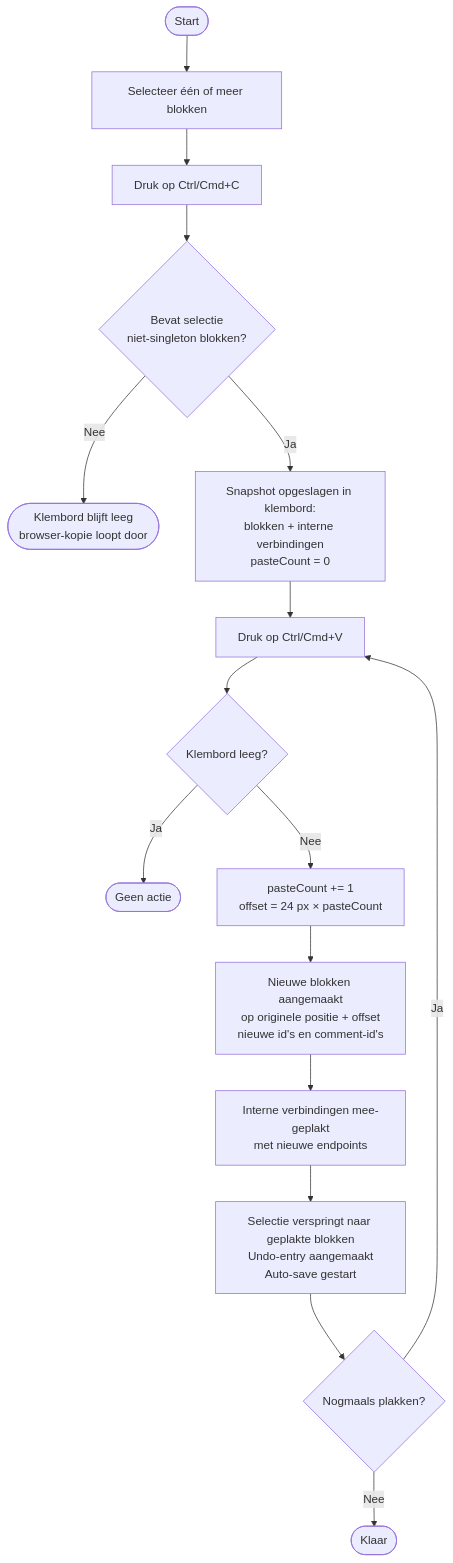
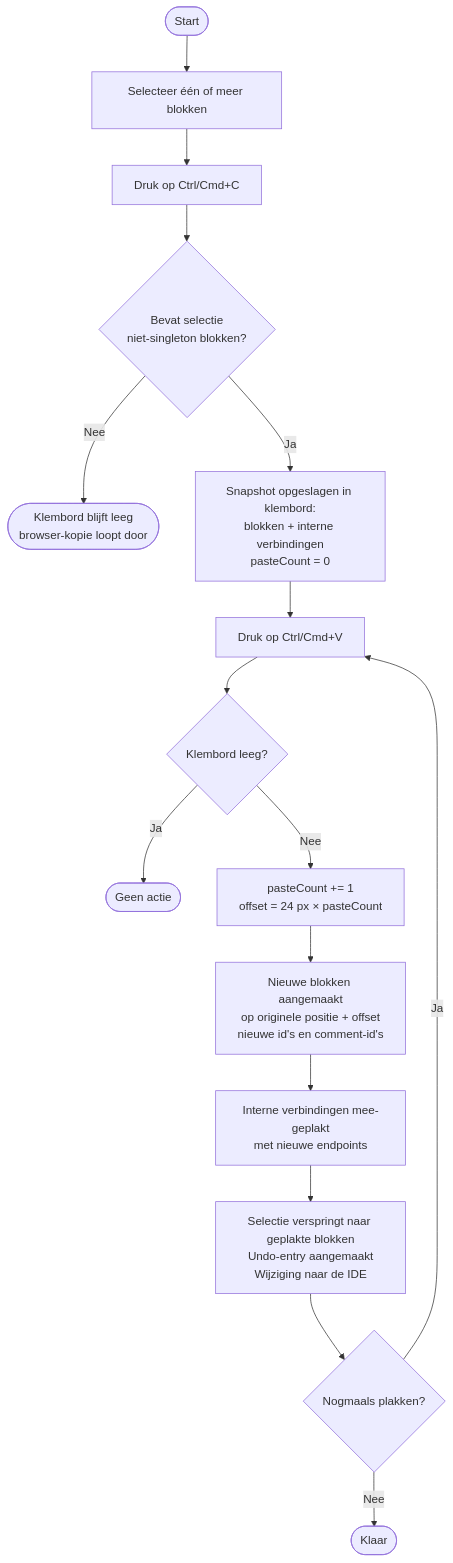
Before and after one commit to GRJX/mmd-flowchart: the sixth of 18 diagrams in docs/USERFLOWS.md, drawn with Mermaid. The commit also changed other lines of this file and 36 other files, not shown here.

First line of the commit message:
feat: add MMD Flowchart extension for VS Code

````diff
--- a/docs/USERFLOWS.md
+++ b/docs/USERFLOWS.md
@@ -126,18 +122,18 @@
 ```mermaid
 flowchart TD
     A([Start]) --> B["Selecteer één of meer blokken"]
     B --> C["Druk op Ctrl/Cmd+C"]
     C --> D{"Bevat selectie<br>niet-singleton blokken?"}
     D -- Nee --> E([Klembord blijft leeg<br>browser-kopie loopt door])
     D -- Ja --> F["Snapshot opgeslagen in klembord:<br>blokken + interne verbindingen<br>pasteCount = 0"]
     F --> G["Druk op Ctrl/Cmd+V"]
     G --> H{"Klembord leeg?"}
     H -- Ja --> I([Geen actie])
     H -- Nee --> J["pasteCount += 1<br>offset = 24 px × pasteCount"]
     J --> K["Nieuwe blokken aangemaakt<br>op originele positie + offset<br>nieuwe id's en comment-id's"]
     K --> L["Interne verbindingen mee-geplakt<br>met nieuwe endpoints"]
-    L --> M["Selectie verspringt naar geplakte blokken<br>Undo-entry aangemaakt<br>Auto-save gestart"]
+    L --> M["Selectie verspringt naar geplakte blokken<br>Undo-entry aangemaakt<br>Wijziging naar de IDE"]
     M --> N{"Nogmaals plakken?"}
     N -- Ja --> G
     N -- Nee --> O([Klaar])
 ```
````
